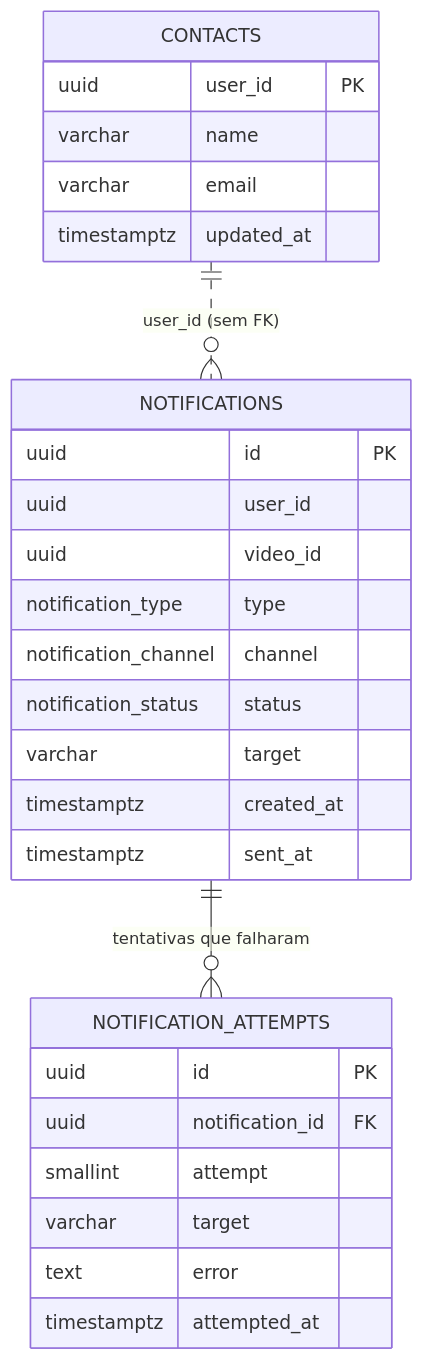
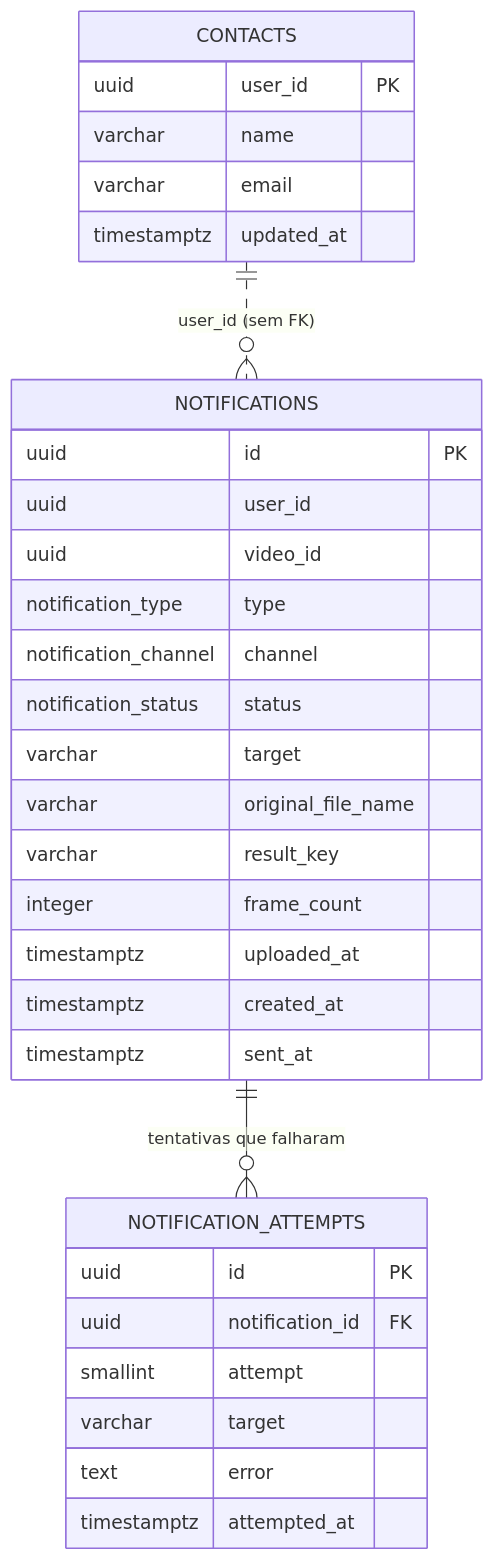
Before and after one commit to knzt/zipframes: the third of 3 diagrams in docs/data/modelagem-de-dados.md, drawn with Mermaid. The commit also changed other lines of this file and 124 other files, not shown here.

````diff
--- a/docs/data/modelagem-de-dados.md
+++ b/docs/data/modelagem-de-dados.md
@@ -183,30 +183,34 @@
 ```mermaid
 erDiagram
   CONTACTS {
     uuid user_id PK
     varchar name
     varchar email
     timestamptz updated_at
   }
   NOTIFICATIONS {
     uuid id PK
     uuid user_id
     uuid video_id
     notification_type type
     notification_channel channel
     notification_status status
     varchar target
+    varchar original_file_name
+    varchar result_key
+    integer frame_count
+    timestamptz uploaded_at
     timestamptz created_at
     timestamptz sent_at
   }
   NOTIFICATION_ATTEMPTS {
     uuid id PK
     uuid notification_id FK
     smallint attempt
     varchar target
     text error
     timestamptz attempted_at
   }
   CONTACTS ||..o{ NOTIFICATIONS : "user_id (sem FK)"
   NOTIFICATIONS ||--o{ NOTIFICATION_ATTEMPTS : "tentativas que falharam"
 ```
````
